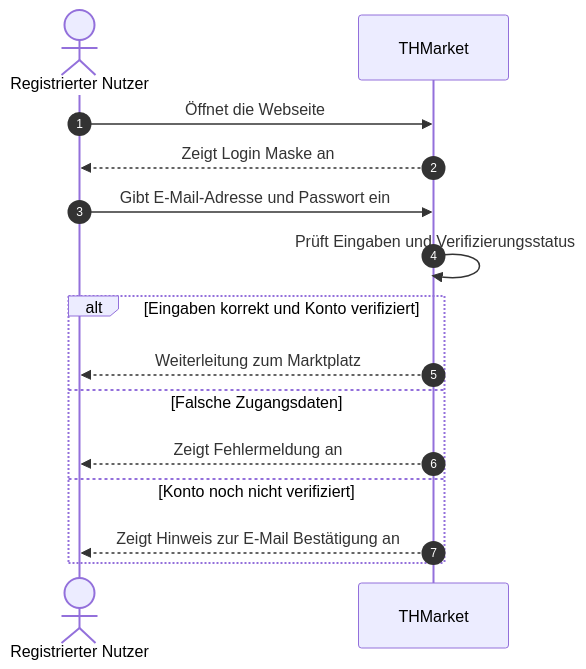
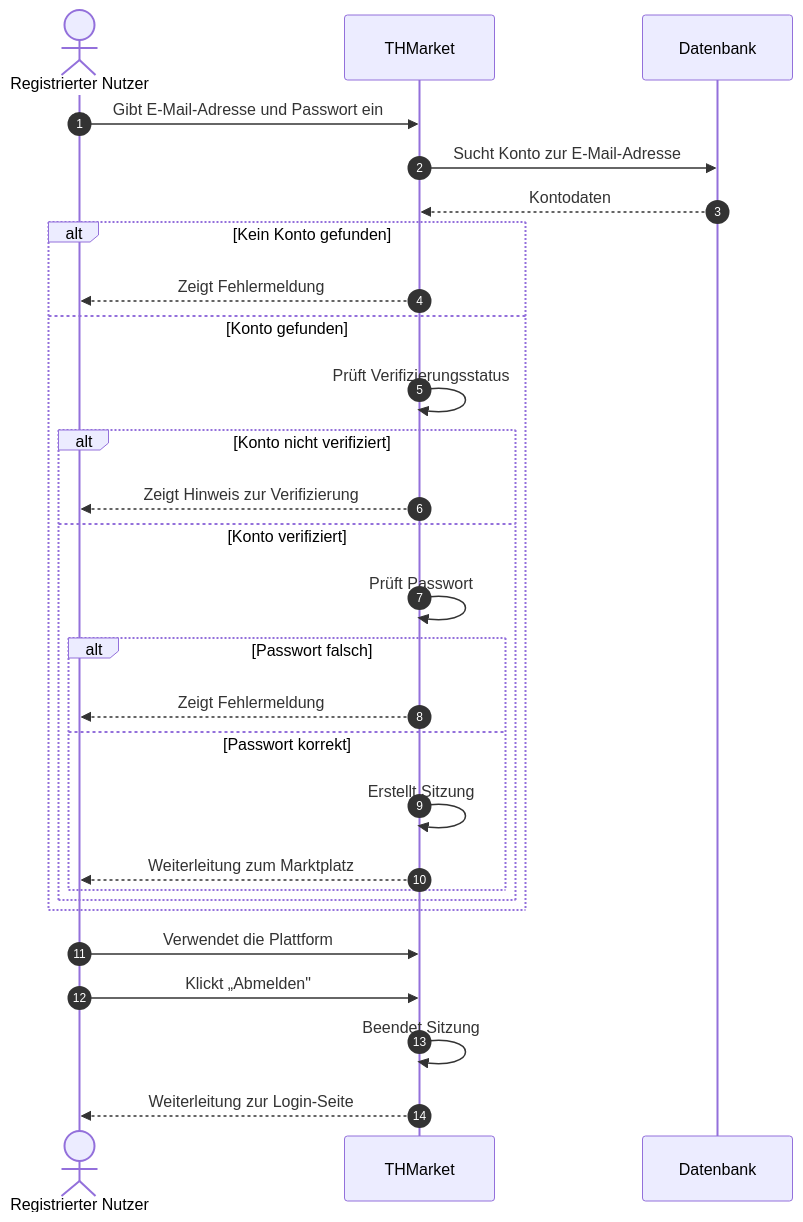
One commit to PatilYash0110/THMarket changed the diagram in docs/spec/diagrams-code/f2-uc01-login.mermaid. Above: the diagram before and after it, drawn with Mermaid. The commit also changed 17 other files, not shown here.

Commit message:
Diagramme aktualisiert, UC13-16 und weitere Diagramme ergänzt

```diff
--- a/docs/spec/diagrams-code/f2-uc01-login.mermaid
+++ b/docs/spec/diagrams-code/f2-uc01-login.mermaid
@@ -1,17 +1,34 @@
 sequenceDiagram
     autonumber
     actor Nutzer as Registrierter Nutzer
     participant System as THMarket
-    
-    Nutzer->>System: Öffnet die Webseite
-    System-->>Nutzer: Zeigt Login Maske an
+    participant DB as Datenbank
+
     Nutzer->>System: Gibt E-Mail-Adresse und Passwort ein
-    System->>System: Prüft Eingaben und Verifizierungsstatus
-    
-    alt Eingaben korrekt und Konto verifiziert
-        System-->>Nutzer: Weiterleitung zum Marktplatz
-    else Falsche Zugangsdaten
-        System-->>Nutzer: Zeigt Fehlermeldung an
-    else Konto noch nicht verifiziert
-        System-->>Nutzer: Zeigt Hinweis zur E-Mail Bestätigung an
+    System->>DB: Sucht Konto zur E-Mail-Adresse
+    DB-->>System: Kontodaten
+
+    alt Kein Konto gefunden
+        System-->>Nutzer: Zeigt Fehlermeldung
+    else Konto gefunden
+        System->>System: Prüft Verifizierungsstatus
+
+        alt Konto nicht verifiziert
+            System-->>Nutzer: Zeigt Hinweis zur Verifizierung
+        else Konto verifiziert
+            System->>System: Prüft Passwort
+
+            alt Passwort falsch
+                System-->>Nutzer: Zeigt Fehlermeldung
+            else Passwort korrekt
+                System->>System: Erstellt Sitzung
+                System-->>Nutzer: Weiterleitung zum Marktplatz
+            end
+        end
     end
+
+    Nutzer->>System: Verwendet die Plattform
+
+    Nutzer->>System: Klickt „Abmelden"
+    System->>System: Beendet Sitzung
+    System-->>Nutzer: Weiterleitung zur Login-Seite
```
